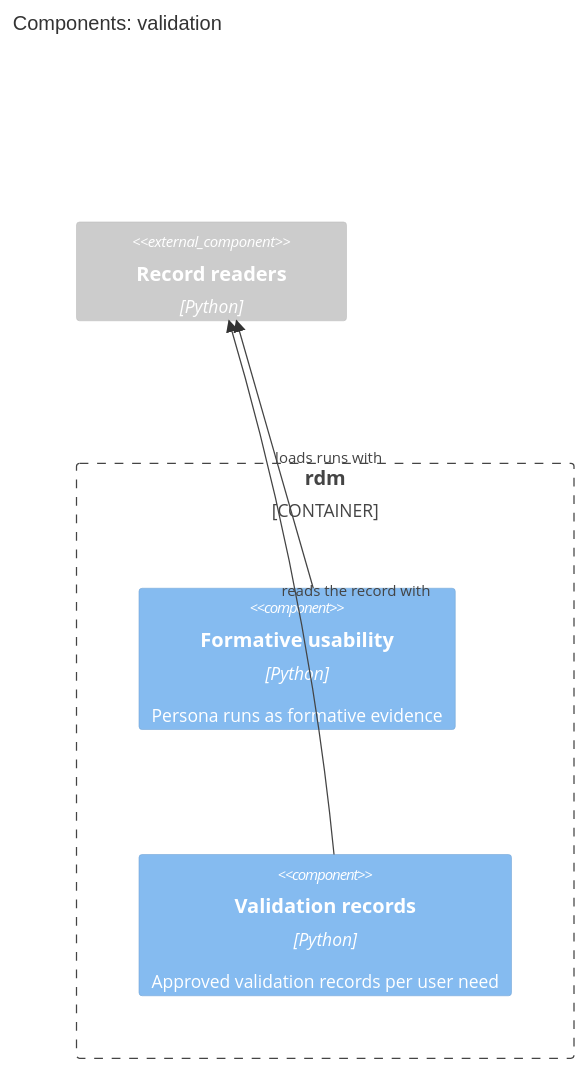
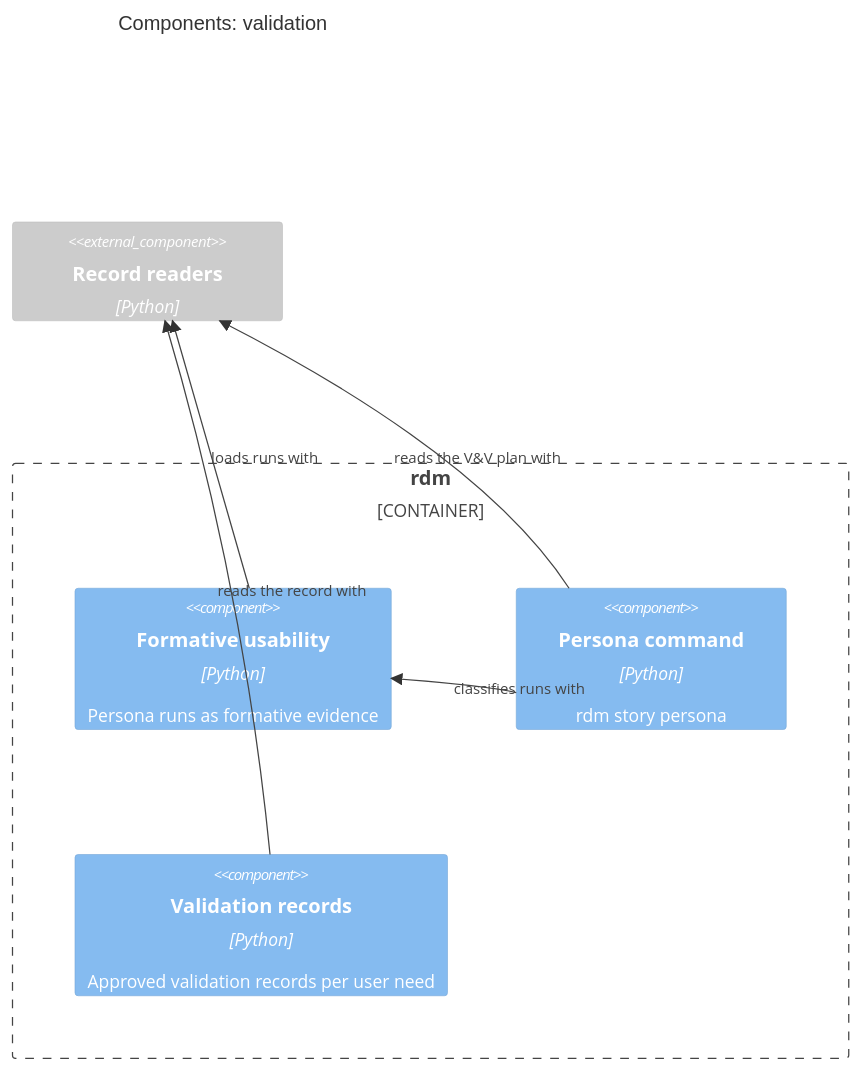
One commit to scope-impact/rdm changed the diagram in dhf/documents/design/validation.md. Above: the diagram before and after it, drawn with Mermaid. The commit also changed 1 other file, not shown here.

Commit message:
Record: the C3 views declare the three dependencies the code has (Design Review 27)
The agent server checks ids with the record readers; the projection matches
checklist references with gap analysis; the persona command is validation's.

Claude-Session: https://claude.ai/code/session_017YEQaD5fTxQBxJ2yK1YY2i

````diff
--- a/dhf/documents/design/validation.md
+++ b/dhf/documents/design/validation.md
@@ -61,11 +61,14 @@
 ```mermaid
 C4Component
   title Components: validation
   Container_Boundary(rdm_cli, "rdm") {
     Component(formative_usability, "Formative usability", "Python", "Persona runs as formative evidence", $link="rdm/record/persona.py")
+    Component(persona_command, "Persona command", "Python", "rdm story persona", $link="rdm/record/persona_cmd.py")
     Component(validation_records, "Validation records", "Python", "Approved validation records per user need", $link="rdm/record/validation.py")
   }
   Component_Ext(record_readers, "Record readers", "Python")
   Rel(formative_usability, record_readers, "loads runs with")
+  Rel(persona_command, formative_usability, "classifies runs with")
+  Rel(persona_command, record_readers, "reads the V&V plan with")
   Rel(validation_records, record_readers, "reads the record with")
 ```
````
